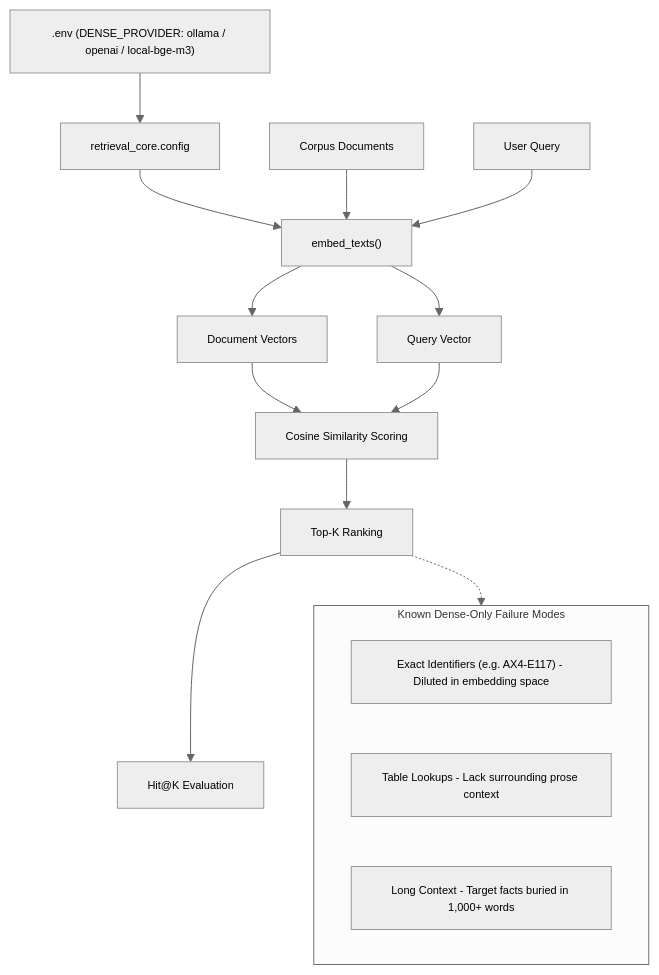
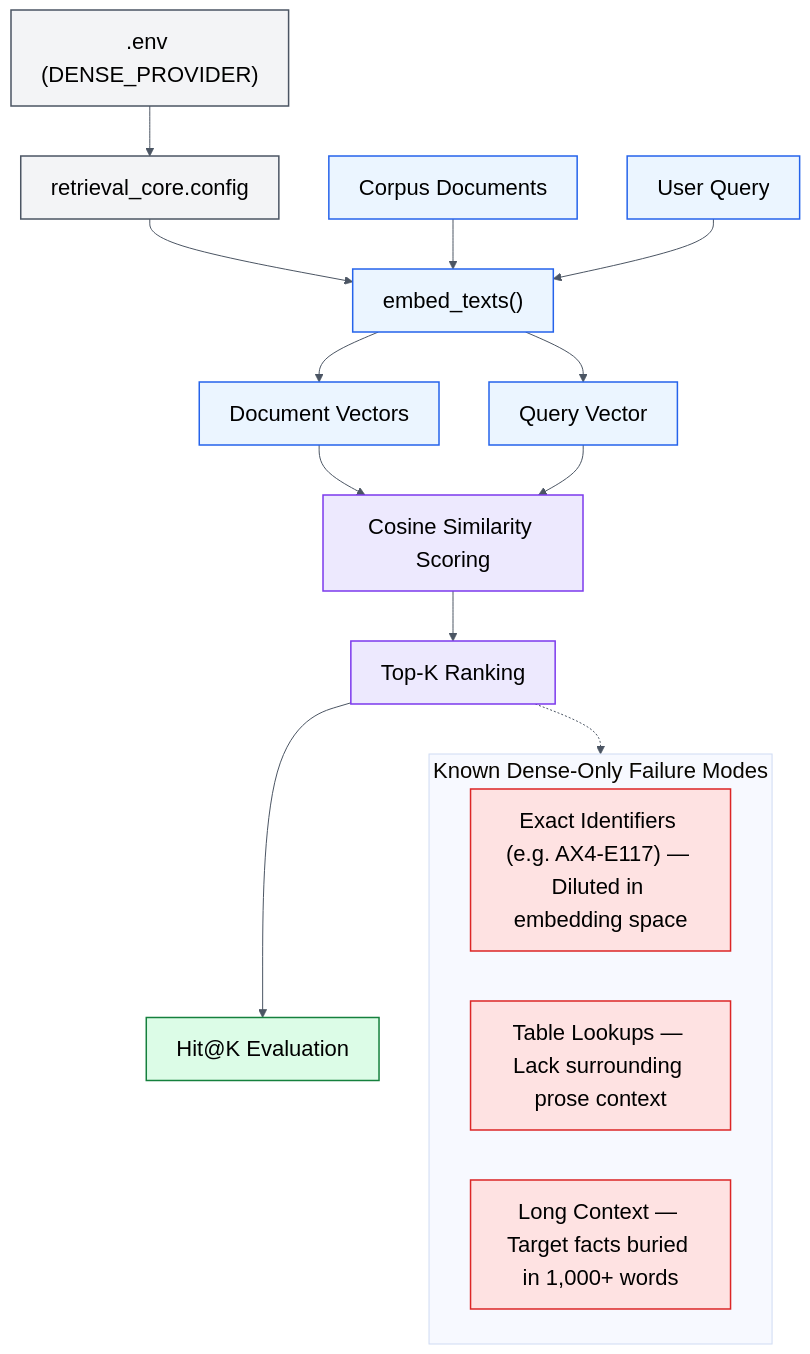
One commit to the-write-path-code/ch03-taming-hallucination-puzzle changed the third of 7 diagrams in docs/workflow.md. Above: the diagram before and after it, drawn with Mermaid. The commit also changed other lines of this file, not shown here.

Commit message:
docs: update Figure 3.5 architecture flow to Wiley-IEEE monograph layout

````diff
--- a/docs/workflow.md
+++ b/docs/workflow.md
@@ -75,26 +75,38 @@
 ```mermaid
-%%{init: {"theme": "neutral", "themeVariables": {"fontFamily": "Arial, Helvetica, sans-serif", "fontSize": "11px", "actorFontSize": "11px", "noteFontSize": "10px", "messageFontSize": "10px"}}}%%
+%%{init: {"theme": "base", "themeVariables": {"fontFamily": "Arial, Helvetica, sans-serif", "fontSize": "22px", "primaryTextColor": "#000000", "lineColor": "#4B5563"}}}%%
 flowchart TD
-    Env[".env (DENSE_PROVIDER: ollama / openai / local-bge-m3)"] --> Cfg["retrieval_core.config"]
+    Env[".env (DENSE_PROVIDER)"] --> Cfg["retrieval_core.config"]
     Cfg --> Embed["embed_texts()"]
     
     Docs["Corpus Documents"] --> Embed
     Query["User Query"] --> Embed
     
     Embed --> DocVecs["Document Vectors"]
     Embed --> QVec["Query Vector"]
     
     DocVecs --> CosSim["Cosine Similarity Scoring"]
     QVec --> CosSim
     
     CosSim --> Rank["Top-K Ranking"]
     Rank --> Eval["Hit@K Evaluation"]
     
     subgraph Failures ["Known Dense-Only Failure Modes"]
-        F1["Exact Identifiers (e.g. AX4-E117) - Diluted in embedding space"]
-        F2["Table Lookups - Lack surrounding prose context"]
-        F3["Long Context - Target facts buried in 1,000+ words"]
+        F1["Exact Identifiers (e.g. AX4-E117) &mdash; Diluted in embedding space"]
+        F2["Table Lookups &mdash; Lack surrounding prose context"]
+        F3["Long Context &mdash; Target facts buried in 1,000+ words"]
     end
     
     Rank -.-> Failures
+
+    classDef cfgNode fill:#F3F4F6,stroke:#4B5563,color:#000000,stroke-width:1.5px
+    classDef procNode fill:#EBF5FF,stroke:#2563EB,color:#000000,stroke-width:1.5px
+    classDef scoreNode fill:#EDE9FE,stroke:#7C3AED,color:#000000,stroke-width:1.5px
+    classDef evalNode fill:#DCFCE7,stroke:#15803D,color:#000000,stroke-width:1.5px
+    classDef failNode fill:#FEE2E2,stroke:#DC2626,color:#000000,stroke-width:1.5px
+
+    class Env,Cfg cfgNode
+    class Docs,Query,Embed,DocVecs,QVec procNode
+    class CosSim,Rank scoreNode
+    class Eval evalNode
+    class F1,F2,F3 failNode
 ```
````
